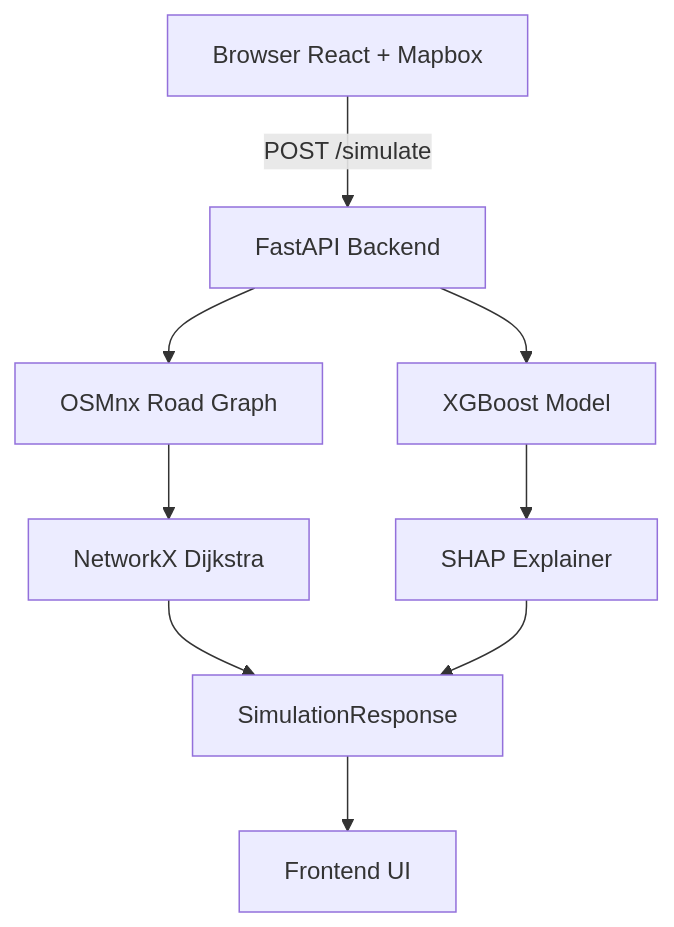
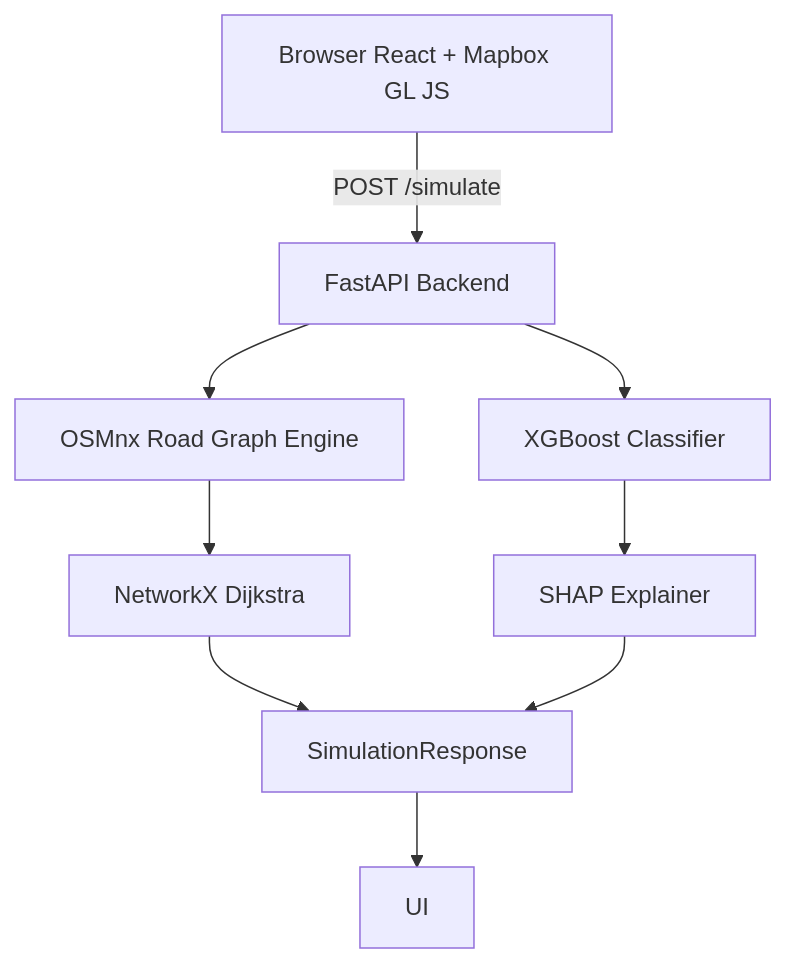
The diagram in README.md (lemur-cpu/boston-logistics-sim), drawn with Mermaid before and after one commit. The commit also changed other lines of this file, not shown here.

````diff
--- a/README.md
+++ b/README.md
@@ -11,16 +22,11 @@
 ```mermaid
 flowchart TD
-
-A[Browser React + Mapbox] -->|POST /simulate| B[FastAPI Backend]
-
-B --> C[OSMnx Road Graph]
-B --> D[XGBoost Model]
-
-C --> E[NetworkX Dijkstra]
-D --> F[SHAP Explainer]
-
-E --> G[SimulationResponse]
-F --> G
-
-G --> H[Frontend UI]
+    A[Browser React + Mapbox GL JS] -->|POST /simulate| B[FastAPI Backend]
+    B --> C[OSMnx Road Graph Engine]
+    B --> D[XGBoost Classifier]
+    C --> E[NetworkX Dijkstra]
+    D --> F[SHAP Explainer]
+    E --> G[SimulationResponse]
+    F --> G
+    G --> H[UI]
 ```
````
